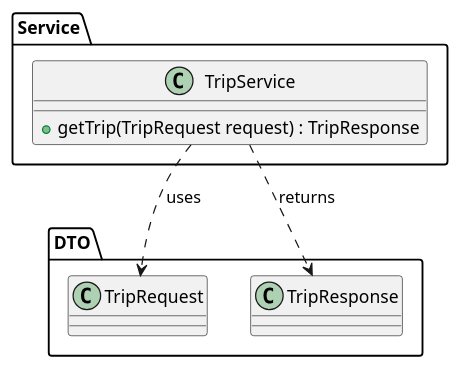
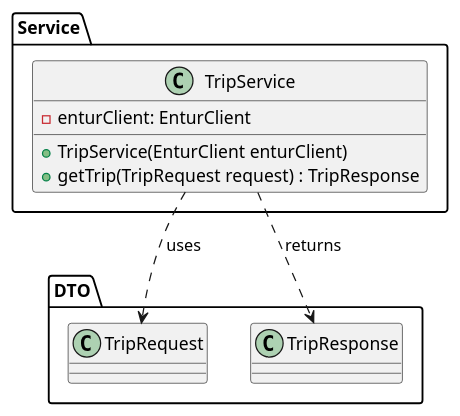
Before and after one commit to nafisaaay/SET-group-7: the diagram in backend/src/modellering/TripServiceClass.puml, drawn with PlantUML. The commit also changed 7 other files, not shown here.

Commit message:
feat: - utkast av rute display - oppdattert uml-diagramene

```diff
--- a/backend/src/modellering/TripServiceClass.puml
+++ b/backend/src/modellering/TripServiceClass.puml
@@ -1,15 +1,17 @@
 @startuml
 package "Service" {
     class TripService {
+        - enturClient: EnturClient
+        + TripService(EnturClient enturClient)
         + getTrip(TripRequest request) : TripResponse
     }
 }
 
 package "DTO" {
     class TripRequest
     class TripResponse
 }
 
 TripService ..> TripRequest : uses
 TripService ..> TripResponse : returns
 @enduml
```
